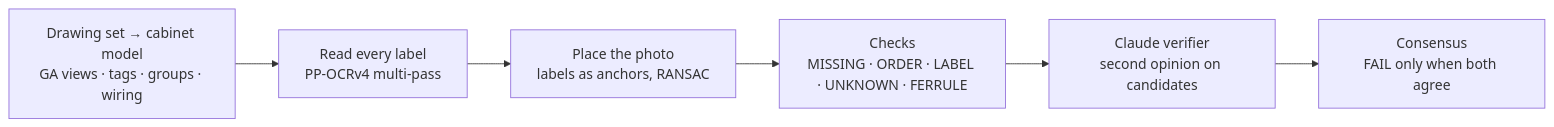
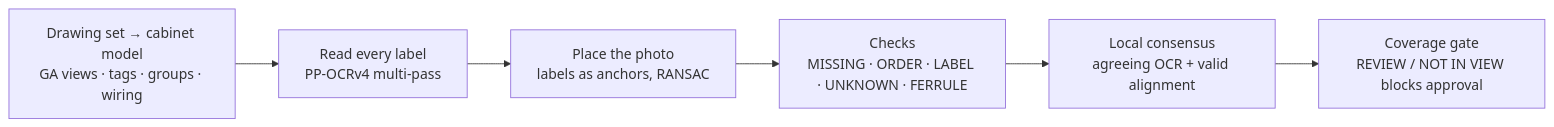
One commit to THEProgrammingGod69/AEGIS changed the first of 2 diagrams in README.md. Above: the diagram before and after it, drawn with Mermaid. The commit also changed other lines of this file and 69 other files, not shown here.

````diff
--- a/README.md
+++ b/README.md
@@ -28,8 +35,8 @@
 ```mermaid
 flowchart LR
   KB["Drawing set → cabinet model<br/>GA views · tags · groups · wiring"] --> OCR["Read every label<br/>PP-OCRv4 multi-pass"]
   OCR --> REG["Place the photo<br/>labels as anchors, RANSAC"]
   REG --> CHK["Checks<br/>MISSING · ORDER · LABEL · UNKNOWN · FERRULE"]
-  CHK --> AG["Claude verifier<br/>second opinion on candidates"]
-  AG --> CON["Consensus<br/>FAIL only when both agree"]
+  CHK --> CON["Local consensus<br/>agreeing OCR + valid alignment"]
+  CON --> COV["Coverage gate<br/>REVIEW / NOT IN VIEW blocks approval"]
 ```
````
